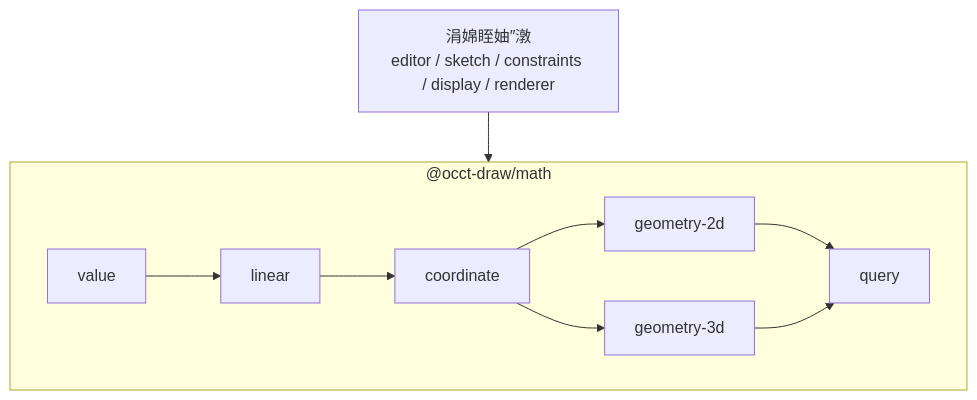
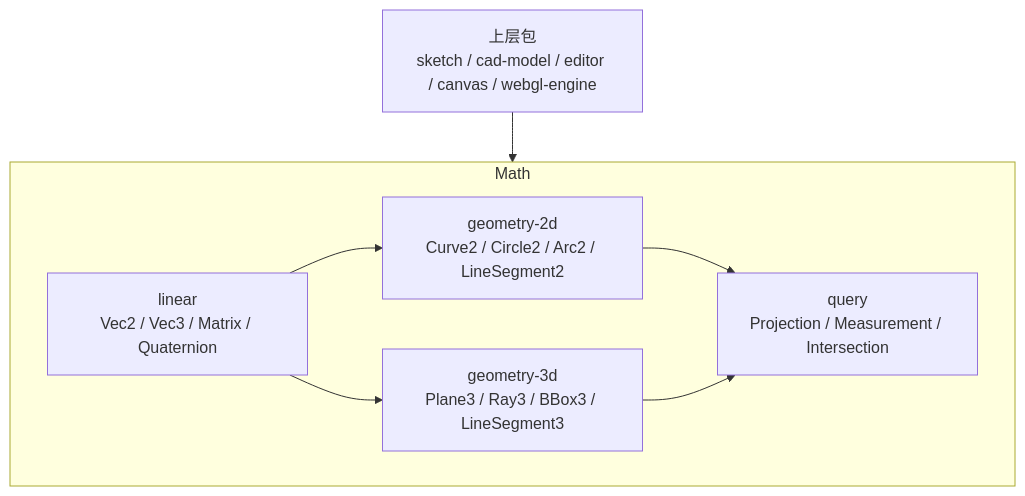
One commit to genewanggang-sudo/occt-draw-web changed the diagram in docs/math包架构设计.md. Above: the diagram before and after it, drawn with Mermaid. The commit also changed other lines of this file, not shown here.

Commit message:
docs: update math architecture document

````diff
--- a/docs/math包架构设计.md
+++ b/docs/math包架构设计.md
@@ -5,22 +22,16 @@
 ```mermaid
 flowchart TB
-    App["涓婂眰妯″潡<br/>editor / sketch / constraints / display / renderer"]
+    App["上层包<br/>sketch / cad-model / editor / canvas / webgl-engine"] --> Math["@occt-draw/math"]
 
-    subgraph Math["@occt-draw/math"]
-        Value["value"]
-        Linear["linear"]
-        Coordinate["coordinate"]
-        Geometry2D["geometry-2d"]
-        Geometry3D["geometry-3d"]
-        Query["query"]
-
-        Value --> Linear
-        Linear --> Coordinate
-        Coordinate --> Geometry2D
-        Coordinate --> Geometry3D
-        Geometry2D --> Query
-        Geometry3D --> Query
+    subgraph Math
+        Linear["linear<br/>Vec2 / Vec3 / Matrix / Quaternion"]
+        Geometry2D["geometry-2d<br/>Curve2 / Circle2 / Arc2 / LineSegment2"]
+        Geometry3D["geometry-3d<br/>Plane3 / Ray3 / BBox3 / LineSegment3"]
+        Query["query<br/>Projection / Measurement / Intersection"]
     end
 
-    App --> Math
+    Linear --> Geometry2D
+    Linear --> Geometry3D
+    Geometry2D --> Query
+    Geometry3D --> Query
 ```
````
